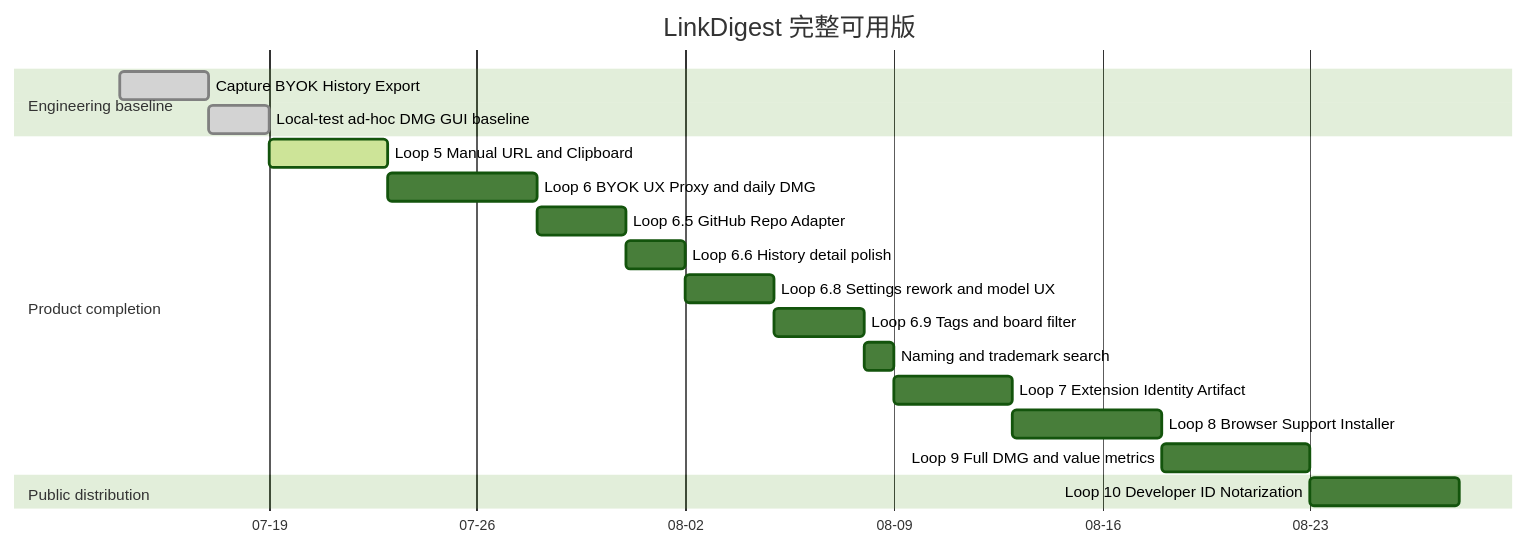
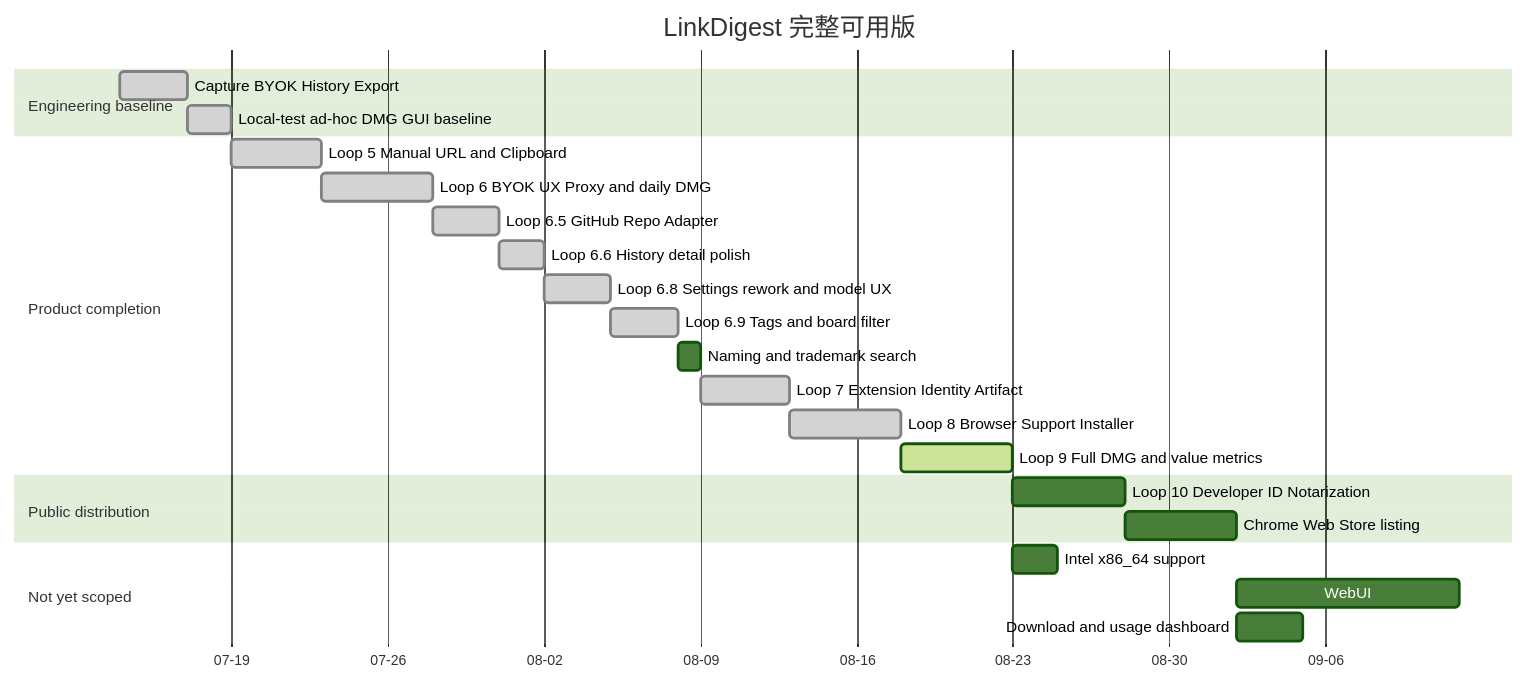
The diagram in brain/roadmap.md (Songxiaor/jizuo), drawn with Mermaid (forest theme) before and after one commit. The commit also changed other lines of this file and 3 other files, not shown here.

First line of the commit message:
docs: 新增下载官网，roadmap 补齐未规划项与本轮发现

````diff
--- a/brain/roadmap.md
+++ b/brain/roadmap.md
@@ -12,22 +12,27 @@
 ```mermaid
 gantt
   title LinkDigest 完整可用版
   dateFormat  YYYY-MM-DD
   axisFormat  %m-%d
   section Engineering baseline
   Capture BYOK History Export           :done, base1, 2026-07-14, 3d
   Local-test ad-hoc DMG GUI baseline    :done, base2, after base1, 2d
   section Product completion
-  Loop 5 Manual URL and Clipboard       :active, l5, after base2, 4d
-  Loop 6 BYOK UX Proxy and daily DMG    :l6, after l5, 5d
-  Loop 6.5 GitHub Repo Adapter          :l65, after l6, 3d
-  Loop 6.6 History detail polish        :l66, after l65, 2d
-  Loop 6.8 Settings rework and model UX :l68, after l66, 3d
-  Loop 6.9 Tags and board filter        :l69, after l68, 3d
+  Loop 5 Manual URL and Clipboard       :done, l5, after base2, 4d
+  Loop 6 BYOK UX Proxy and daily DMG    :done, l6, after l5, 5d
+  Loop 6.5 GitHub Repo Adapter          :done, l65, after l6, 3d
+  Loop 6.6 History detail polish        :done, l66, after l65, 2d
+  Loop 6.8 Settings rework and model UX :done, l68, after l66, 3d
+  Loop 6.9 Tags and board filter        :done, l69, after l68, 3d
   Naming and trademark search           :name1, after l69, 1d
-  Loop 7 Extension Identity Artifact    :l7, after name1, 4d
-  Loop 8 Browser Support Installer      :l8, after l7, 5d
-  Loop 9 Full DMG and value metrics     :l9, after l8, 5d
+  Loop 7 Extension Identity Artifact    :done, l7, after name1, 4d
+  Loop 8 Browser Support Installer      :done, l8, after l7, 5d
+  Loop 9 Full DMG and value metrics     :active, l9, after l8, 5d
   section Public distribution
   Loop 10 Developer ID Notarization     :l10, after l9, 5d
+  Chrome Web Store listing              :store, after l10, 5d
+  section Not yet scoped
+  Intel x86_64 support                  :intel, after l9, 2d
+  WebUI                                 :webui, after store, 10d
+  Download and usage dashboard          :dash, after store, 3d
 ```
````
